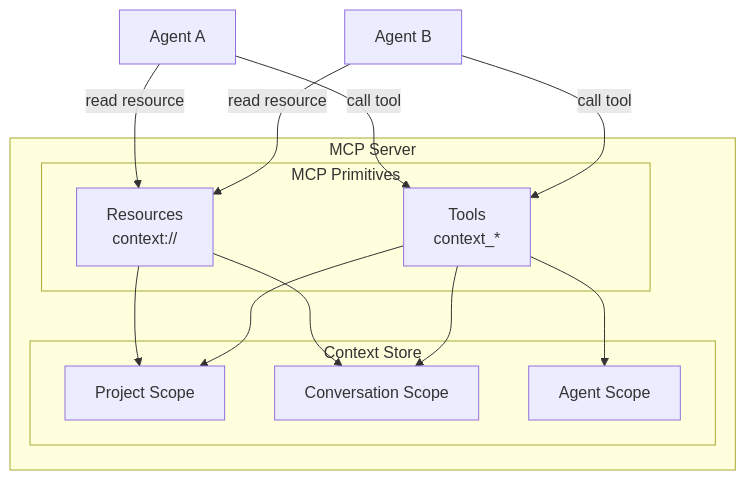
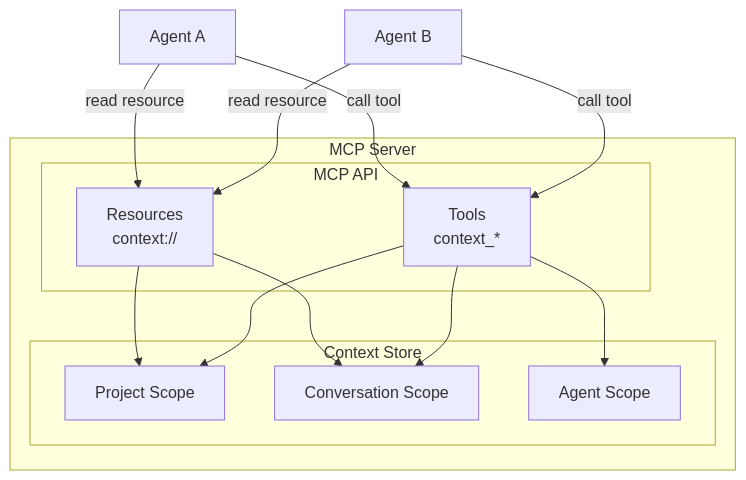
Before and after one commit to ia64mail/quorum: the first of 4 diagrams in docs/context-management.md, drawn with Mermaid. The commit also changed other lines of this file and 3 other files, not shown here.

````diff
--- a/docs/context-management.md
+++ b/docs/context-management.md
@@ -39,26 +18,26 @@
 ```mermaid
 graph TB
     subgraph "MCP Server"
         subgraph "Context Store"
             PS[Project Scope]
             CS[Conversation Scope]
             AS[Agent Scope]
         end
 
-        subgraph "MCP Primitives"
-            RES[Resources<br/>context://]
-            TOOLS[Tools<br/>context_*]
+        subgraph "MCP API"
+            RES["Resources<br/>context://"]
+            TOOLS["Tools<br/>context_*"]
         end
 
         RES --> PS
         RES --> CS
         TOOLS --> PS
         TOOLS --> CS
         TOOLS --> AS
     end
 
     A1[Agent A] -->|read resource| RES
     A1 -->|call tool| TOOLS
     A2[Agent B] -->|read resource| RES
     A2 -->|call tool| TOOLS
 ```
````
